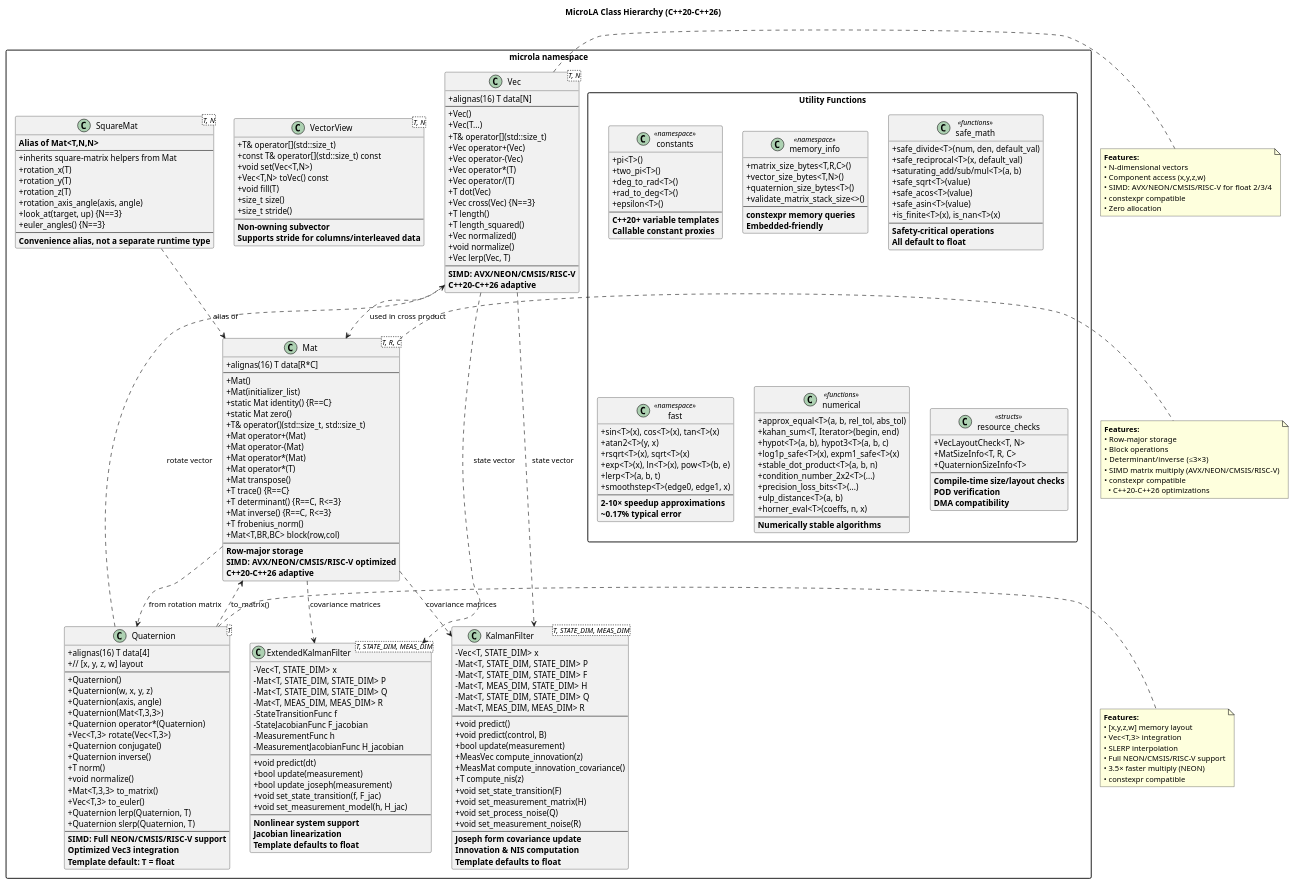
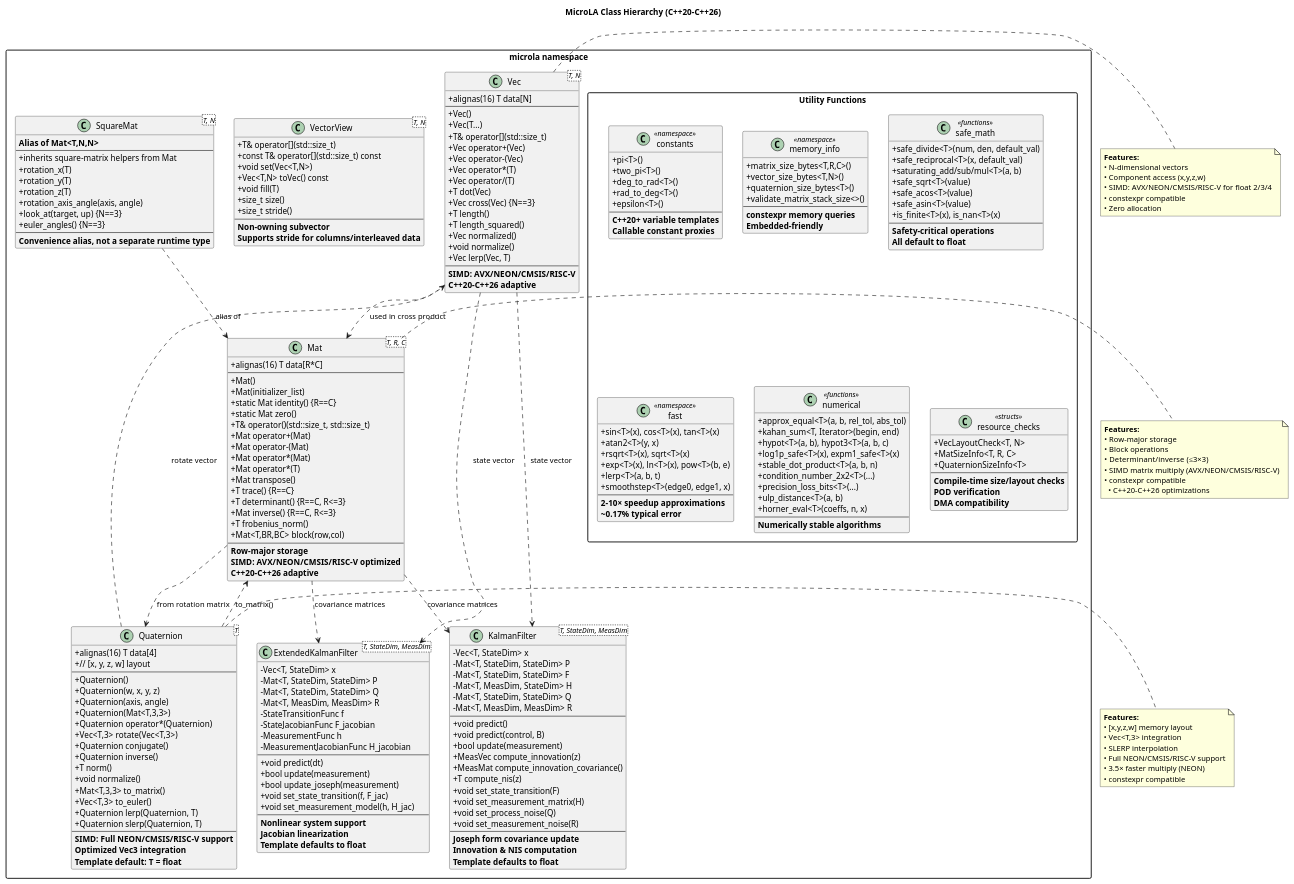
The diagram in design/class_hierarchy.puml (jwbmwv/microLA), drawn with PlantUML before and after one commit. The commit also changed 38 other files, not shown here.

```diff
--- a/design/class_hierarchy.puml
+++ b/design/class_hierarchy.puml
@@ -103,13 +103,13 @@
         **Template default: T = float**
     }
 
-    class "KalmanFilter<T, STATE_DIM, MEAS_DIM>" as KF {
-        - Vec<T, STATE_DIM> x
-        - Mat<T, STATE_DIM, STATE_DIM> P
-        - Mat<T, STATE_DIM, STATE_DIM> F
-        - Mat<T, MEAS_DIM, STATE_DIM> H
-        - Mat<T, STATE_DIM, STATE_DIM> Q
-        - Mat<T, MEAS_DIM, MEAS_DIM> R
+    class "KalmanFilter<T, StateDim, MeasDim>" as KF {
+        - Vec<T, StateDim> x
+        - Mat<T, StateDim, StateDim> P
+        - Mat<T, StateDim, StateDim> F
+        - Mat<T, MeasDim, StateDim> H
+        - Mat<T, StateDim, StateDim> Q
+        - Mat<T, MeasDim, MeasDim> R
         --
         + void predict()
         + void predict(control, B)
@@ -127,11 +127,11 @@
         **Template defaults to float**
     }
 
-    class "ExtendedKalmanFilter<T, STATE_DIM, MEAS_DIM>" as EKF {
-        - Vec<T, STATE_DIM> x
-        - Mat<T, STATE_DIM, STATE_DIM> P
-        - Mat<T, STATE_DIM, STATE_DIM> Q
-        - Mat<T, MEAS_DIM, MEAS_DIM> R
+    class "ExtendedKalmanFilter<T, StateDim, MeasDim>" as EKF {
+        - Vec<T, StateDim> x
+        - Mat<T, StateDim, StateDim> P
+        - Mat<T, StateDim, StateDim> Q
+        - Mat<T, MeasDim, MeasDim> R
         - StateTransitionFunc f
         - StateJacobianFunc F_jacobian
         - MeasurementFunc h
```
